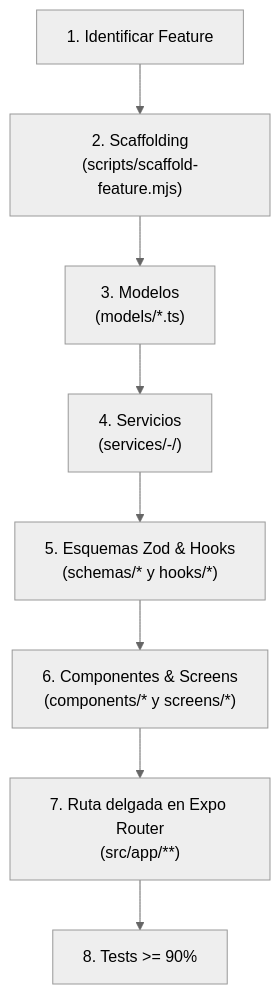
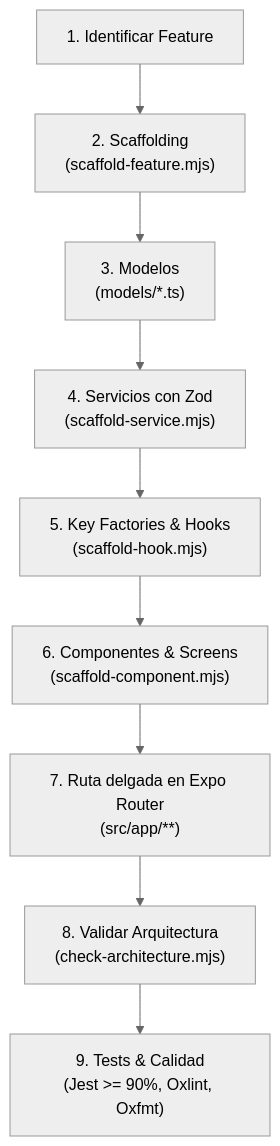
The diagram in skills/architecture/react-native-architecture/SKILL.md (bryanus1/agent-skills), drawn with Mermaid (neutral theme) before and after one commit. The commit also changed other lines of this file and 20 other files, not shown here.

First line of the commit message:
feat(architecture): ✨ upgrade react-native-architecture to v1.1.0 (#15)

````diff
--- a/skills/architecture/react-native-architecture/SKILL.md
+++ b/skills/architecture/react-native-architecture/SKILL.md
@@ -47,10 +55,11 @@
 ```mermaid
 flowchart TD
-    A["1. Identificar Feature"] --> B["2. Scaffolding\n(scripts/scaffold-feature.mjs)"]
+    A["1. Identificar Feature"] --> B["2. Scaffolding\n(scaffold-feature.mjs)"]
     B --> C["3. Modelos\n(models/*.ts)"]
-    C --> D["4. Servicios\n(services/<verb>-<noun>/)"]
-    D --> E["5. Esquemas Zod & Hooks\n(schemas/* y hooks/*)"]
-    E --> F["6. Componentes & Screens\n(components/* y screens/*)"]
+    C --> D["4. Servicios con Zod\n(scaffold-service.mjs)"]
+    D --> E["5. Key Factories & Hooks\n(scaffold-hook.mjs)"]
+    E --> F["6. Componentes & Screens\n(scaffold-component.mjs)"]
     F --> G["7. Ruta delgada en Expo Router\n(src/app/**)"]
-    G --> H["8. Tests >= 90%"]
+    G --> H["8. Validar Arquitectura\n(check-architecture.mjs)"]
+    H --> I["9. Tests & Calidad\n(Jest >= 90%, Oxlint, Oxfmt)"]
 ```
````
